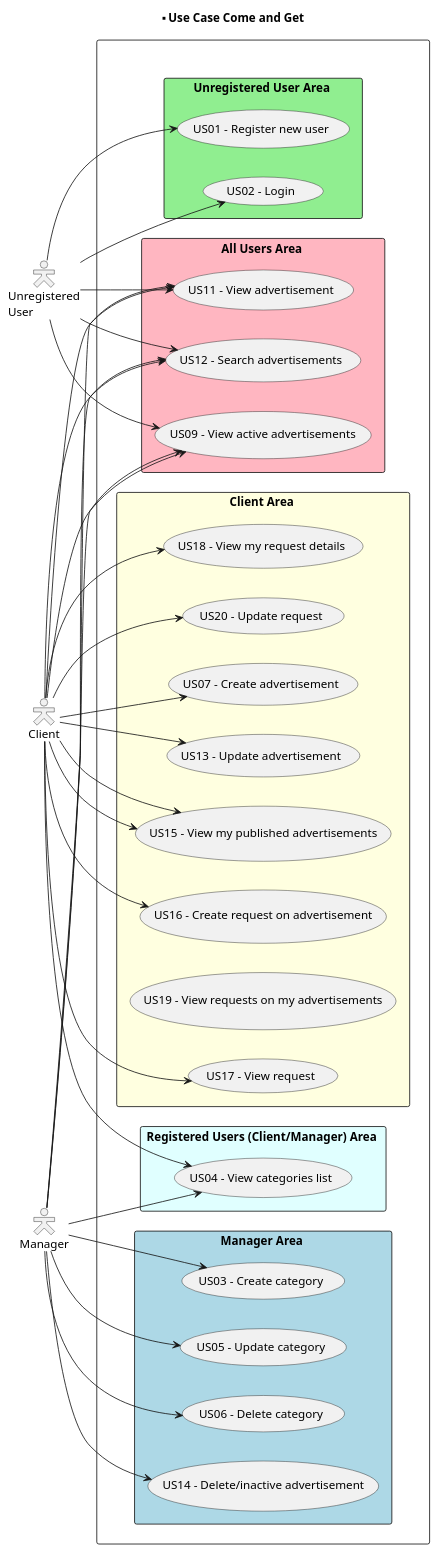
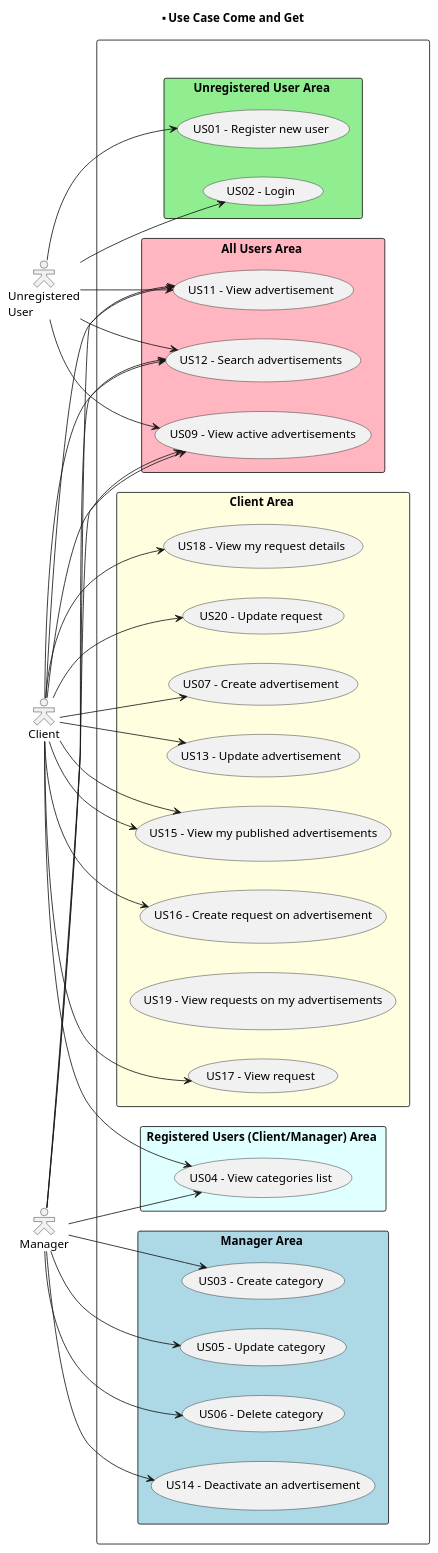
Before and after one commit to vivianeaalmeida/ComeAndGet: the diagram in Docs/global-artifacts/01-requirements-engineering/UCD.puml, drawn with PlantUML. The commit also changed 2 other files, not shown here.

```diff
--- a/Docs/global-artifacts/01-requirements-engineering/UCD.puml
+++ b/Docs/global-artifacts/01-requirements-engineering/UCD.puml
@@ -1,84 +1,84 @@
 @startuml
 
 title ******* Use Case Come and Get
 
 left to right direction
 skinparam actorStyle hollow
   actor "Unregistered\nUser"
   actor "Client"
   actor "Manager"
 
 
 rectangle " " as usecase1 {
 
     rectangle "All Users Area " as usecase2 #Lightpink{
 
             usecase "US09 - View active advertisements" as US09
             usecase "US11 - View advertisement" as US11
             usecase "US12 - Search advertisements" as US12
 
             "Client" --> US09
             "Client" --> US11
             "Client" --> US12
             "Unregistered\nUser" --> US09
             "Unregistered\nUser" --> US11
             "Unregistered\nUser" --> US12
             "Manager" --> US09
             "Manager" --> US11
             "Manager" --> US12
          }
 
     rectangle "Unregistered User Area " as usecase3 #Lightgreen{
 
             usecase "US01 - Register new user" as US01
             usecase "US02 - Login" as US02
 
             "Unregistered\nUser" --> US01
             "Unregistered\nUser" --> US02
          }
 
     rectangle "Registered Users (Client/Manager) Area " as usecase4 #Lightcyan{
 
             usecase "US04 - View categories list" as US04
 
             "Client" --> US04
             "Manager" --> US04
          }
 
      rectangle "Client Area " as usecase5 #Lightyellow{
 
 
             usecase "US07 - Create advertisement" as US07
             usecase "US13 - Update advertisement" as US13
             usecase "US15 - View my published advertisements" as US15
             usecase "US16 - Create request on advertisement" as US16
             usecase "US17 - View request" as US17
             usecase "US18 - View my request details" as US18
             usecase "US19 - View requests on my advertisements" as US19
             usecase "US20 - Update request" as US20
 
             "Client" --> US15
             "Client" --> US20
             "Client" --> US18
             "Client" --> US17
             "Client" --> US16
             "Client" --> US15
             "Client" --> US13
             "Client" --> US07
 
         }
 
     rectangle "Manager Area " as usecase6 #Lightblue{
 
             usecase "US03 - Create category" as US03
             usecase "US05 - Update category" as US05
             usecase "US06 - Delete category" as US06
-            usecase "US14 - Delete/inactive advertisement" as US14
+            usecase "US14 - Deactivate an advertisement" as US14
 
             "Manager" --> US03
             "Manager" --> US05
             "Manager" --> US06
             "Manager" --> US14
         }
 }
 @enduml
```
